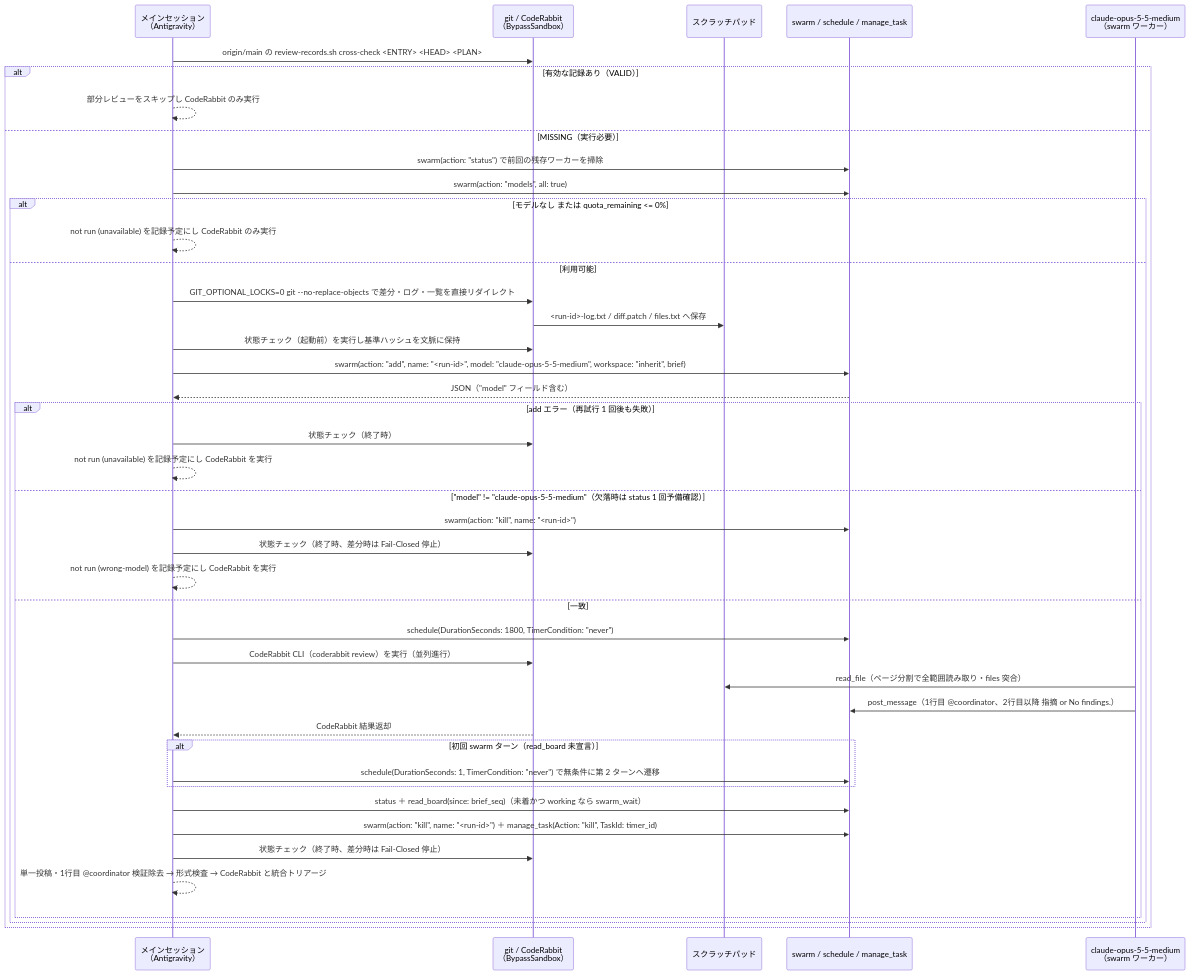
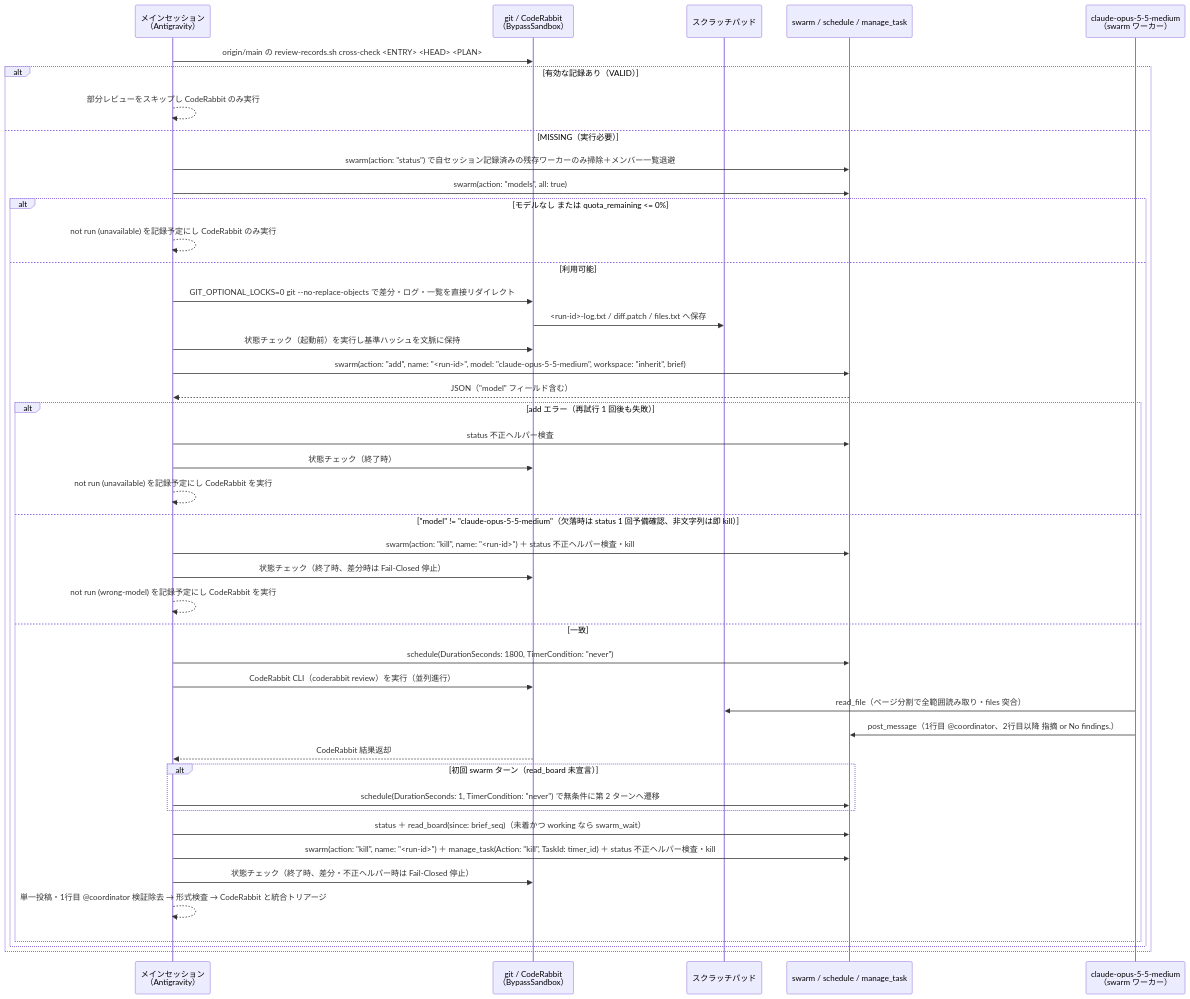
Before and after one commit to isseis/yt2column: the sixth of 7 diagrams in docs/tasks/0120_harness_independent_commands/02_architecture.md, drawn with Mermaid. The commit also changed other lines of this file, not shown here.

First line of the commit message:
docs(0120): harden swarm worker boundaries and decision matching

````diff
--- a/docs/tasks/0120_harness_independent_commands/02_architecture.md
+++ b/docs/tasks/0120_harness_independent_commands/02_architecture.md
@@ -653,46 +658,47 @@
 ```mermaid
 sequenceDiagram
     participant Main as メインセッション<br>（Antigravity）
     participant Git as git / CodeRabbit<br>（BypassSandbox）
     participant Scratch as スクラッチパッド
     participant Swarm as swarm / schedule / manage_task
     participant Worker as claude-opus-5-5-medium<br>（swarm ワーカー）
 
     Main->>Git: origin/main の review-records.sh cross-check <ENTRY> <HEAD> <PLAN>
     alt 有効な記録あり（VALID）
         Main-->>Main: 部分レビューをスキップし CodeRabbit のみ実行
     else MISSING（実行必要）
-        Main->>Swarm: swarm(action: "status") で前回の残存ワーカーを掃除
+        Main->>Swarm: swarm(action: "status") で自セッション記録済みの残存ワーカーのみ掃除＋メンバー一覧退避
         Main->>Swarm: swarm(action: "models", all: true)
         alt モデルなし または quota_remaining <= 0%
             Main-->>Main: not run (unavailable) を記録予定にし CodeRabbit のみ実行
         else 利用可能
             Main->>Git: GIT_OPTIONAL_LOCKS=0 git --no-replace-objects で差分・ログ・一覧を直接リダイレクト
             Git->>Scratch: <run-id>-log.txt / diff.patch / files.txt へ保存
             Main->>Git: 状態チェック（起動前）を実行し基準ハッシュを文脈に保持
             Main->>Swarm: swarm(action: "add", name: "<run-id>", model: "claude-opus-5-5-medium", workspace: "inherit", brief)
             Swarm-->>Main: JSON（"model" フィールド含む）
             alt add エラー（再試行 1 回後も失敗）
+                Main->>Swarm: status 不正ヘルパー検査
                 Main->>Git: 状態チェック（終了時）
                 Main-->>Main: not run (unavailable) を記録予定にし CodeRabbit を実行
-            else "model" != "claude-opus-5-5-medium"（欠落時は status 1 回予備確認）
-                Main->>Swarm: swarm(action: "kill", name: "<run-id>")
+            else "model" != "claude-opus-5-5-medium"（欠落時は status 1 回予備確認、非文字列は即 kill）
+                Main->>Swarm: swarm(action: "kill", name: "<run-id>") ＋ status 不正ヘルパー検査・kill
                 Main->>Git: 状態チェック（終了時、差分時は Fail-Closed 停止）
                 Main-->>Main: not run (wrong-model) を記録予定にし CodeRabbit を実行
             else 一致
                 Main->>Swarm: schedule(DurationSeconds: 1800, TimerCondition: "never")
                 Main->>Git: CodeRabbit CLI（coderabbit review）を実行（並列進行）
                 Worker->>Scratch: read_file（ページ分割で全範囲読み取り・files 突合）
                 Worker->>Swarm: post_message（1行目 @coordinator、2行目以降 指摘 or No findings.）
                 Git-->>Main: CodeRabbit 結果返却
                 alt 初回 swarm ターン（read_board 未宣言）
                     Main->>Swarm: schedule(DurationSeconds: 1, TimerCondition: "never") で無条件に第 2 ターンへ遷移
                 end
                 Main->>Swarm: status ＋ read_board(since: brief_seq)（未着かつ working なら swarm_wait）
-                Main->>Swarm: swarm(action: "kill", name: "<run-id>") ＋ manage_task(Action: "kill", TaskId: timer_id)
-                Main->>Git: 状態チェック（終了時、差分時は Fail-Closed 停止）
+                Main->>Swarm: swarm(action: "kill", name: "<run-id>") ＋ manage_task(Action: "kill", TaskId: timer_id) ＋ status 不正ヘルパー検査・kill
+                Main->>Git: 状態チェック（終了時、差分・不正ヘルパー時は Fail-Closed 停止）
                 Main-->>Main: 単一投稿・1行目 @coordinator 検証除去 → 形式検査 → CodeRabbit と統合トリアージ
             end
         end
     end
 ```
````
